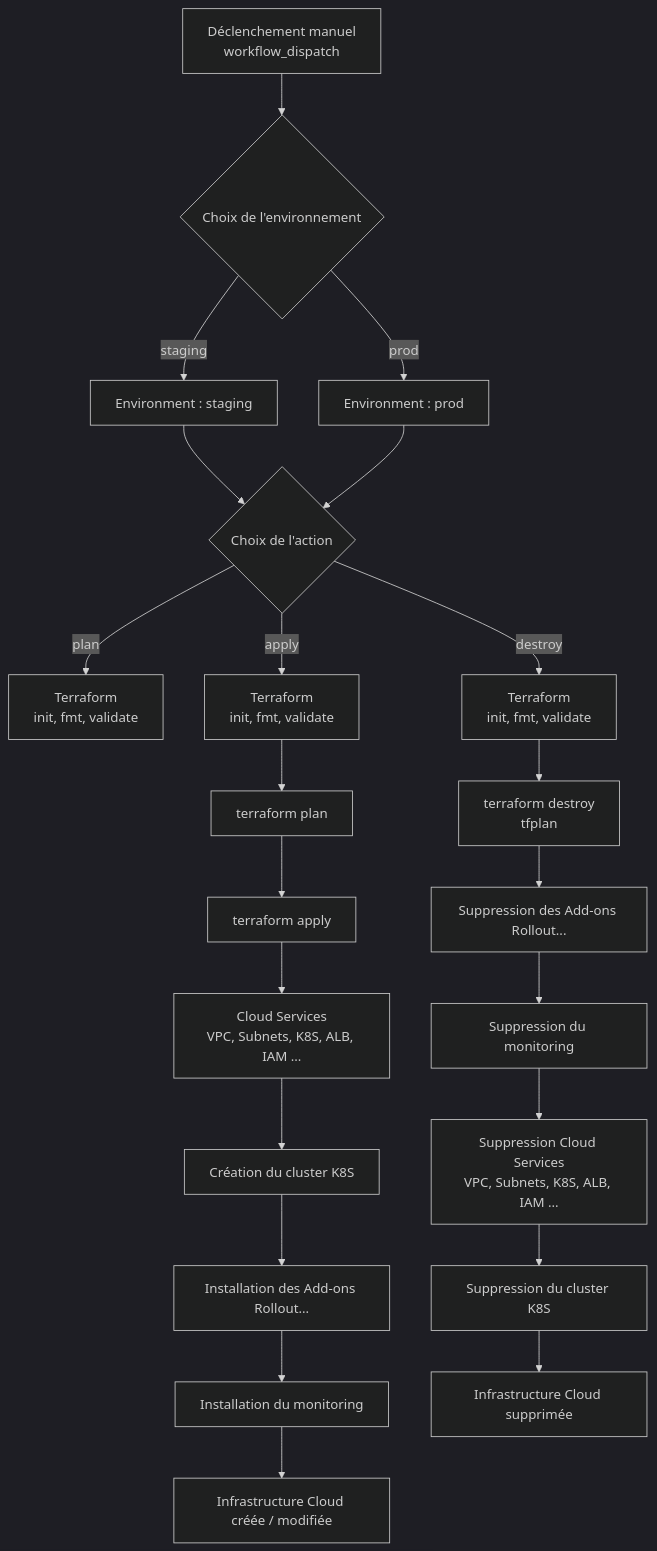
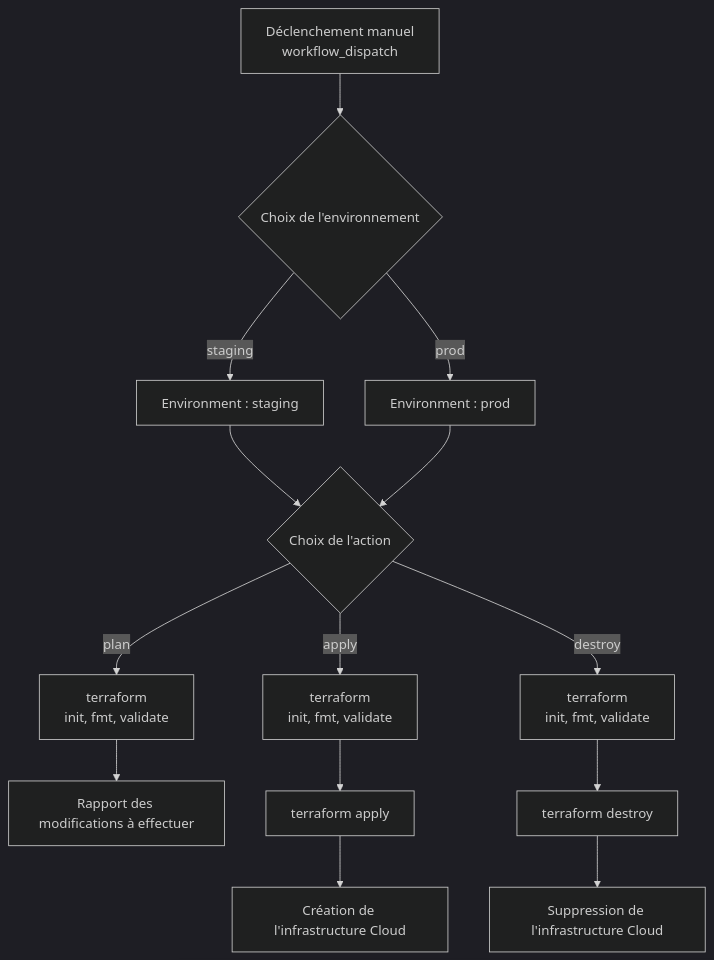
Before and after one commit to Project9-Organisation/Project9-Integration: the diagram in docs/pipeline-infra.md, drawn with Mermaid (dark theme). The commit also changed other lines of this file and 3 other files, not shown here.

````diff
--- a/docs/pipeline-infra.md
+++ b/docs/pipeline-infra.md
@@ -26,33 +28,26 @@
 ```mermaid
 flowchart TD
 
     A[Déclenchement manuel<br/>workflow_dispatch]
 
     A --> B{Choix de l'environnement}
 
     B -->|staging| C[Environment : staging]
     B -->|prod| D[Environment : prod]
 
     C --> E{Choix de l'action}
     D --> E
 
-    E -->|plan| F[Terraform<br/>init, fmt, validate]
-    E -->|apply| AA[Terraform<br/>init, fmt, validate]
-    E -->|destroy| DA[Terraform<br/>init, fmt, validate]
+    E -->|plan| F[terraform<br/>init, fmt, validate]
+    E -->|apply| AA[terraform<br/>init, fmt, validate]
+    E -->|destroy| DA[terraform<br/>init, fmt, validate]
     
-    AA --> AB[terraform plan]
-    AB --> AC[terraform apply]
-    AC --> AD[Cloud Services<br/>VPC, Subnets, K8S, ALB, IAM ...]
-    AD --> AE[Création du cluster K8S]    
-    AE --> AF[Installation des Add-ons Rollout...]    
-    AF --> AG[Installation du monitoring]
-    AG --> AH[Infrastructure Cloud créée / modifiée]
+    F --> FA[Rapport des modifications à effectuer]
 
-    DA --> DB[terraform destroy<br/>tfplan]    
-    DB --> DC[Suppression des Add-ons Rollout...]
-    DC --> DD[Suppression du monitoring]
-    DD --> DE[Suppression Cloud Services<br/>VPC, Subnets, K8S, ALB, IAM ...]
-    DE --> DF[Suppression du cluster K8S]    
-    DF --> DG[Infrastructure Cloud supprimée]
+    AA --> AC[terraform apply]
+    AC --> AE[Création de l'infrastructure Cloud]
+    
+    DA --> DB[terraform destroy]    
+    DB --> DC[Suppression de l'infrastructure Cloud]
     
 ```
````
